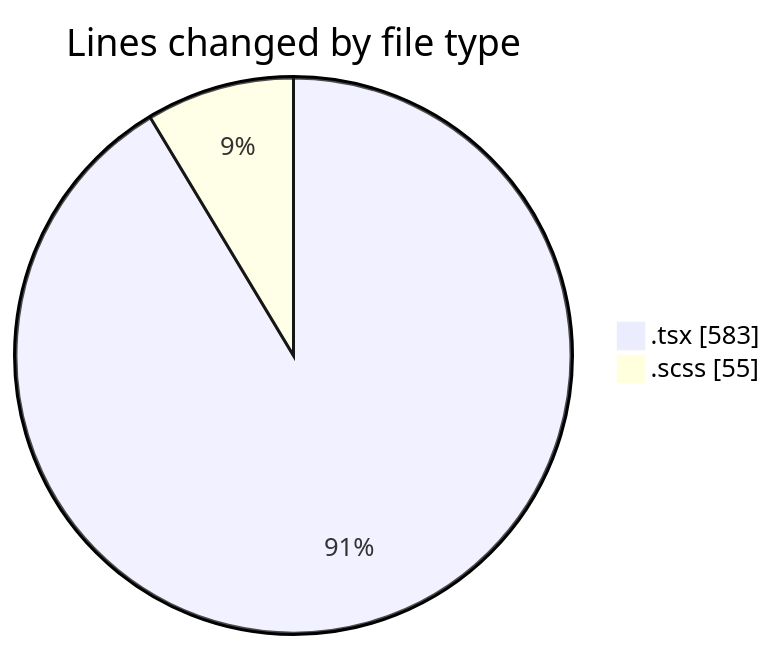
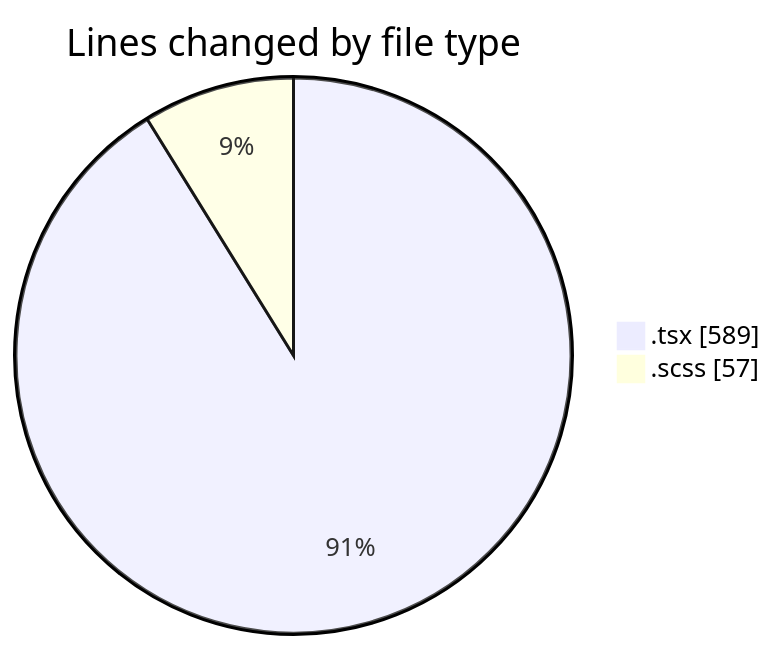
The first of 2 diagrams in 2025-04-10/cda/README.md (momahboobian/code-tracking), drawn with Mermaid before and after one commit. The commit also changed other lines of this file and 1 other file, not shown here.

````diff
--- a/2025-04-10/cda/README.md
+++ b/2025-04-10/cda/README.md
@@ -22,6 +22,6 @@
 ```mermaid
 pie showData
 title Lines changed by file type
-".tsx" : 583
-".scss" : 55
+".tsx" : 589
+".scss" : 57
 ```
````
